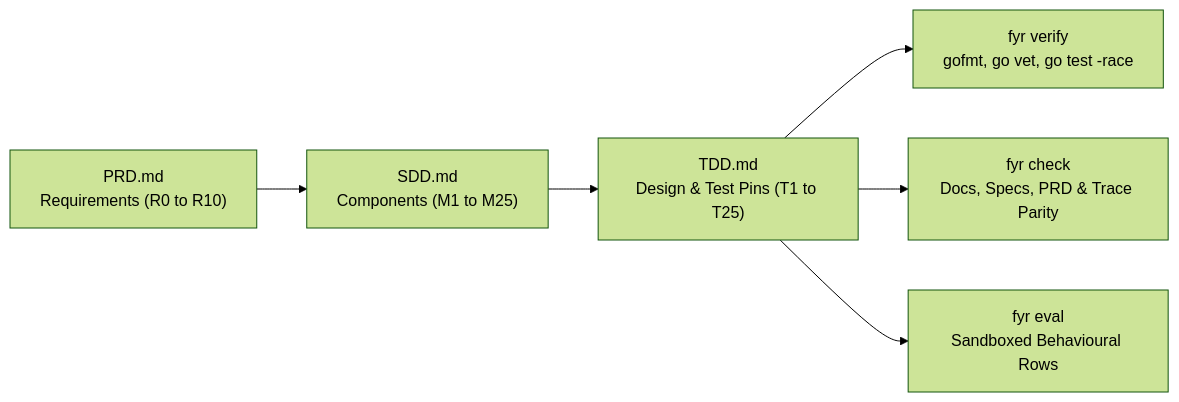
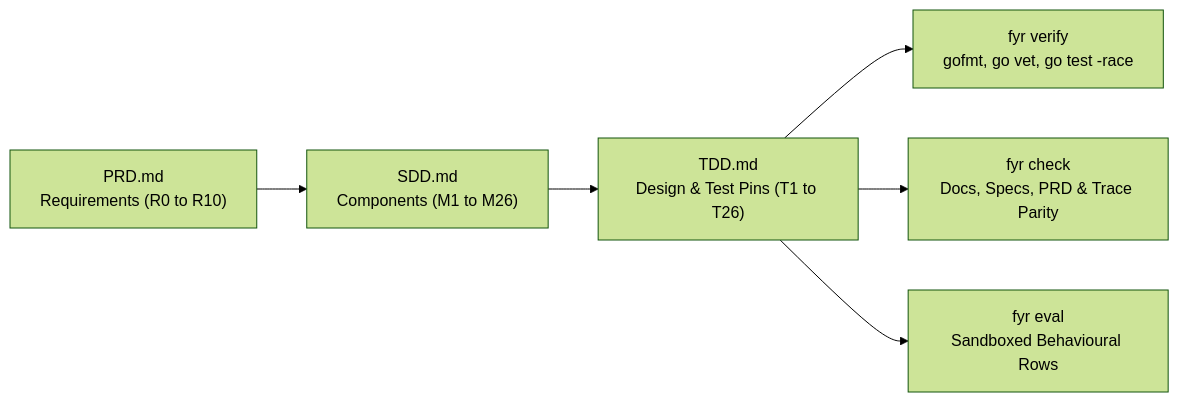
The diagram in TDD.md (kesokaj/fyr), drawn with Mermaid (forest theme) before and after one commit. The commit also changed other lines of this file and 13 other files, not shown here.

````diff
--- a/TDD.md
+++ b/TDD.md
@@ -11,8 +11,8 @@
 ```mermaid
 flowchart LR
-    prd["PRD.md\nRequirements (R0 to R10)"] --> sdd["SDD.md\nComponents (M1 to M25)"]
-    sdd --> tdd["TDD.md\nDesign & Test Pins (T1 to T25)"]
+    prd["PRD.md\nRequirements (R0 to R10)"] --> sdd["SDD.md\nComponents (M1 to M26)"]
+    sdd --> tdd["TDD.md\nDesign & Test Pins (T1 to T26)"]
     tdd --> verify["fyr verify\ngofmt, go vet, go test -race"]
     tdd --> check["fyr check\nDocs, Specs, PRD & Trace Parity"]
     tdd --> eval["fyr eval\nSandboxed Behavioural Rows"]
 ```
````
